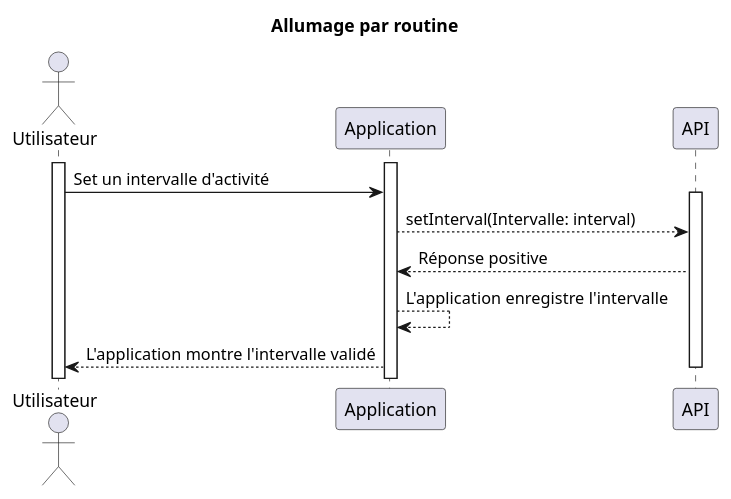
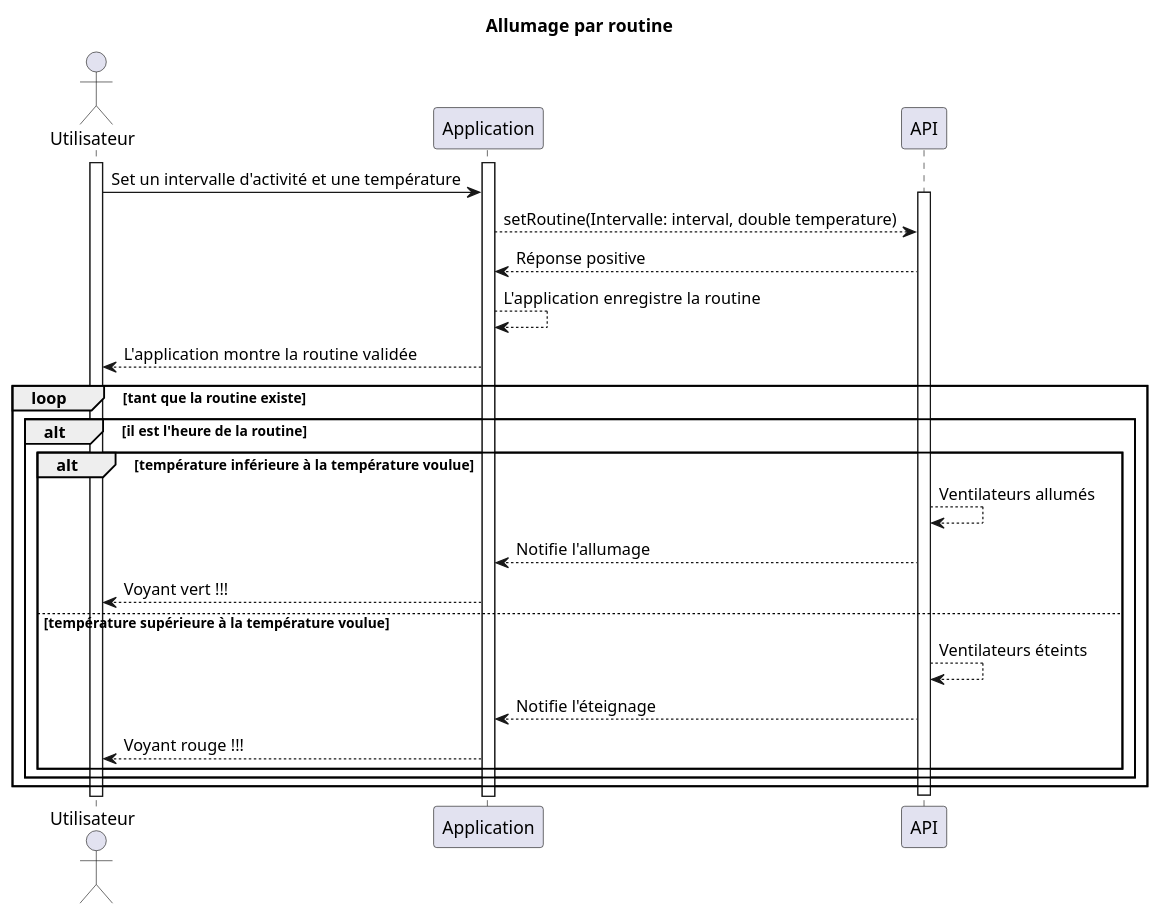
Before and after one commit to chauffapagnan/documentation: the diagram in diagrams/seq/turn_on_routine.puml, drawn with PlantUML. The commit also changed 5 other files, not shown here.

Commit message:
✨ mise à jour des diagrammes de séquence

```diff
--- a/diagrams/seq/turn_on_routine.puml
+++ b/diagrams/seq/turn_on_routine.puml
@@ -1,23 +1,37 @@
 @startuml
 
 title Allumage par routine
 
 actor Utilisateur
 
 activate Utilisateur
 activate Application
 participant API
 
-Utilisateur -> Application: Set un intervalle d'activité
+Utilisateur -> Application: Set un intervalle d'activité et une température
 
 
 activate API
-Application --> API: setInterval(Intervalle: interval)
+Application --> API: setRoutine(Intervalle: interval, double temperature)
 API --> Application: Réponse positive
 
-Application --> Application: L'application enregistre l'intervalle
-Application --> Utilisateur: L'application montre l'intervalle validé
+Application --> Application: L'application enregistre la routine
+Application --> Utilisateur: L'application montre la routine validée
+
+loop tant que la routine existe
+    alt il est l'heure de la routine
+        alt température inférieure à la température voulue
+            API --> API: Ventilateurs allumés
+            API --> Application: Notifie l'allumage
+            Application --> Utilisateur: Voyant vert !!!
+        else température supérieure à la température voulue
+            API --> API: Ventilateurs éteints
+            API --> Application: Notifie l'éteignage
+            Application --> Utilisateur: Voyant rouge !!!
+        end
+    end
+end
 
 deactivate API
 
 @enduml
```
